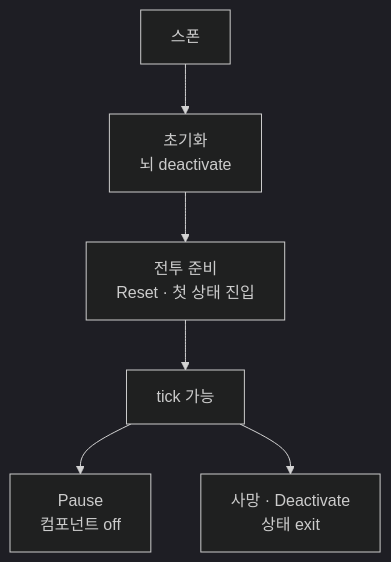
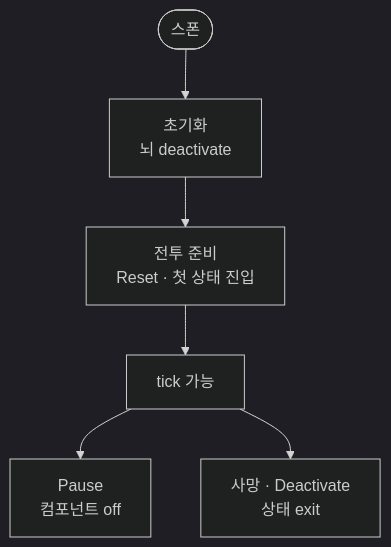
One commit to monet5379/monet5379.github.io changed the diagram in notes/dragon-monster-brain-wake.md. Above: the diagram before and after it, drawn with Mermaid (dark theme). The commit also changed 8 other files, not shown here.

Commit message:
fix(notes): dragon monster·relic·inventory Mermaid visual

````diff
--- a/notes/dragon-monster-brain-wake.md
+++ b/notes/dragon-monster-brain-wake.md
@@ -47,8 +47,9 @@
 ```mermaid
 flowchart TD
-  SP["스폰"] --> IN["초기화<br/>뇌 deactivate"]
+  SP(["스폰"])
+  SP --> IN["초기화<br/>뇌 deactivate"]
   IN --> RD["전투 준비<br/>Reset · 첫 상태 진입"]
   RD --> TK["tick 가능"]
   TK --> PA["Pause<br/>컴포넌트 off"]
   TK --> DT["사망 · Deactivate<br/>상태 exit"]
 ```
````
